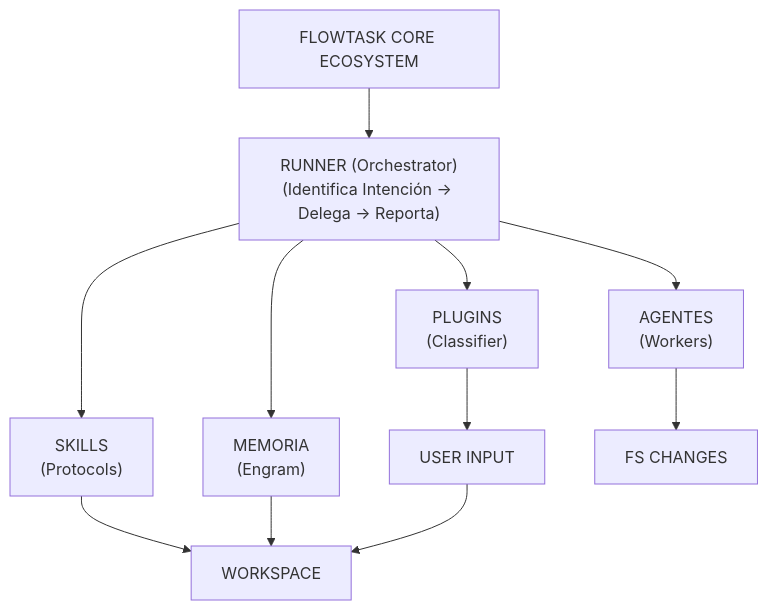
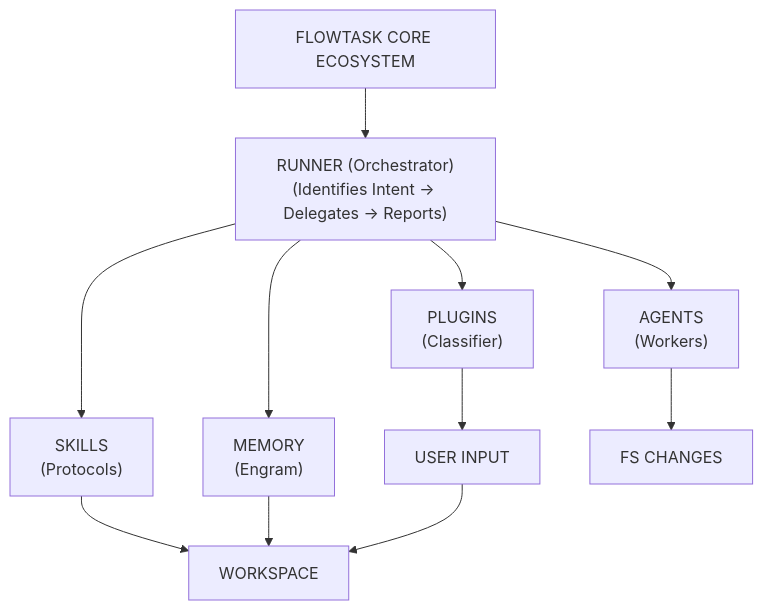
Before and after one commit to Saez520/flowtask: the diagram in docs/architecture/flowtask-core.md, drawn with Mermaid. The commit also changed other lines of this file and 57 other files, not shown here.

````diff
--- a/docs/architecture/flowtask-core.md
+++ b/docs/architecture/flowtask-core.md
@@ -7,23 +7,23 @@
 ```mermaid
 flowchart TD
     ECO["FLOWTASK CORE ECOSYSTEM"]
-    RUNNER["RUNNER (Orchestrator)<br/>(Identifica Intención -> Delega -> Reporta)"]
+    RUNNER["RUNNER (Orchestrator)<br/>(Identifies Intent -> Delegates -> Reports)"]
     PLUGINS["PLUGINS<br/>(Classifier)"]
     SKILLS["SKILLS<br/>(Protocols)"]
-    MEMORIA["MEMORIA<br/>(Engram)"]
-    AGENTES["AGENTES<br/>(Workers)"]
+    MEMORIA["MEMORY<br/>(Engram)"]
+    AGENTES["AGENTS<br/>(Workers)"]
     USER["USER INPUT"]
     WS["WORKSPACE"]
     FS["FS CHANGES"]
 
     ECO --> RUNNER
     RUNNER --> PLUGINS
     RUNNER --> SKILLS
     RUNNER --> MEMORIA
     RUNNER --> AGENTES
     PLUGINS --> USER
     SKILLS --> WS
     MEMORIA --> WS
     AGENTES --> FS
     USER --> WS
 ```
````
